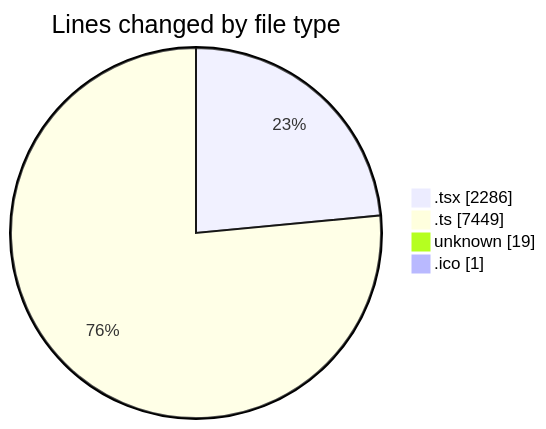
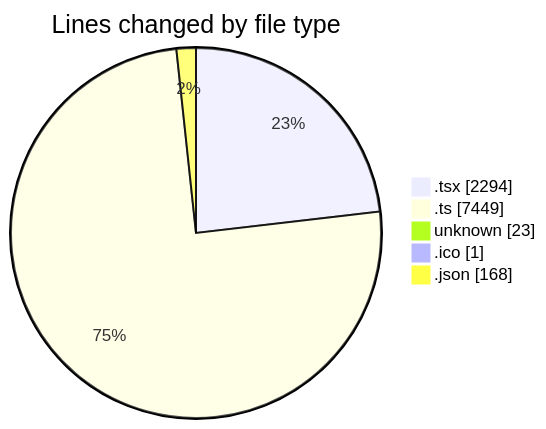
One commit to JenPaints/code-tracking changed the first of 2 diagrams in 2025-06-20/modeljsondesigner/README.md. Above: the diagram before and after it, drawn with Mermaid. The commit also changed other lines of this file and 1 other file, not shown here.

````diff
--- a/2025-06-20/modeljsondesigner/README.md
+++ b/2025-06-20/modeljsondesigner/README.md
@@ -28,8 +31,9 @@
 ```mermaid
 pie showData
 title Lines changed by file type
-".tsx" : 2286
+".tsx" : 2294
 ".ts" : 7449
-"unknown" : 19
+"unknown" : 23
 ".ico" : 1
+".json" : 168
 ```
````
